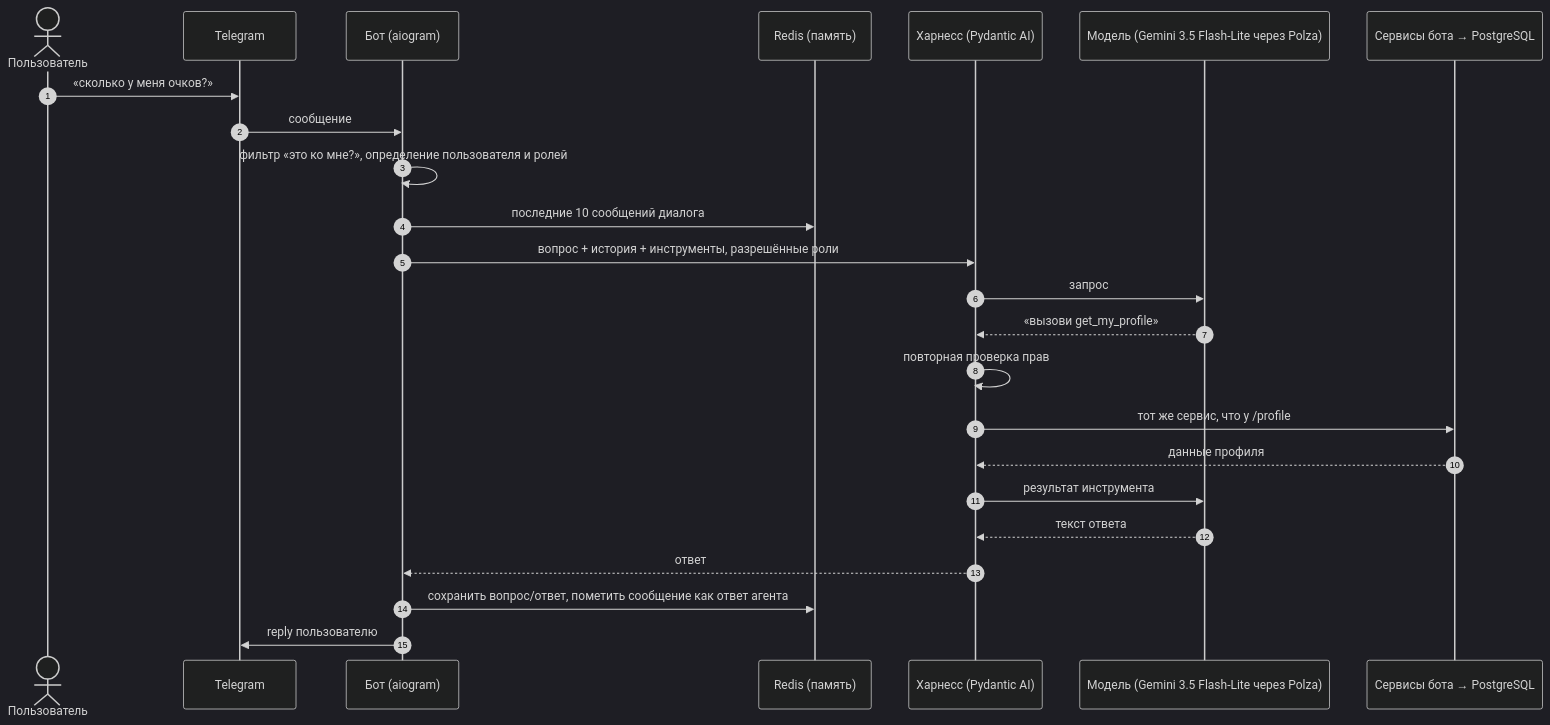
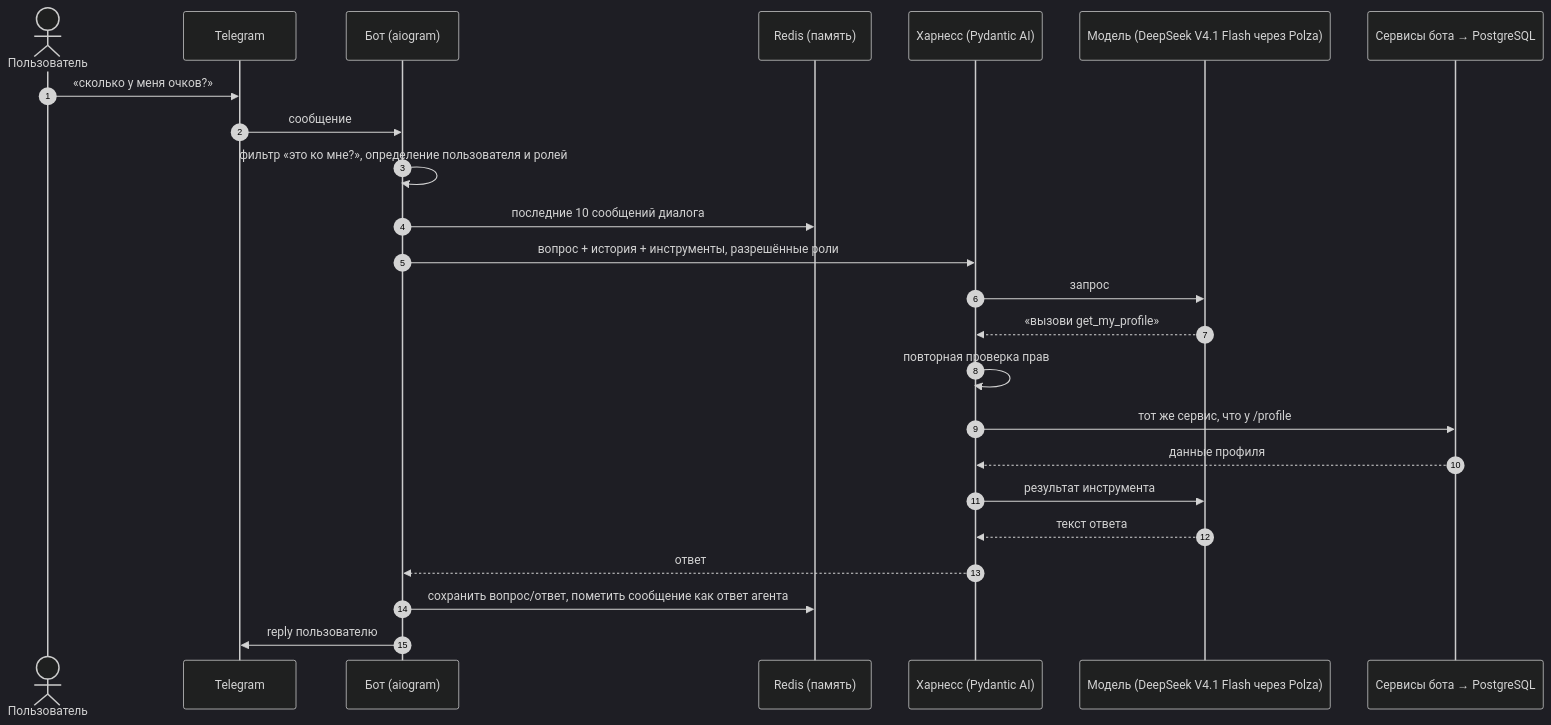
Before and after one commit to denis-sj/PyBot-ITAcadem: the second of 2 diagrams in docs-project/docs/user-guide/ai-agent.md, drawn with Mermaid (dark theme). The commit also changed other lines of this file and 2 other files, not shown here.

Commit message:
docs(agent): описать рецепт добавления инструмента

````diff
--- a/docs-project/docs/user-guide/ai-agent.md
+++ b/docs-project/docs/user-guide/ai-agent.md
@@ -53,27 +53,27 @@
 ```mermaid
 sequenceDiagram
     autonumber
     actor U as Пользователь
     participant TG as Telegram
     participant B as Бот (aiogram)
     participant R as Redis (память)
     participant H as Харнесс (Pydantic AI)
-    participant M as Модель (Gemini 3.5 Flash-Lite через Polza)
+    participant M as Модель (DeepSeek V4.1 Flash через Polza)
     participant S as Сервисы бота → PostgreSQL
 
     U->>TG: «сколько у меня очков?»
     TG->>B: сообщение
     B->>B: фильтр «это ко мне?», определение пользователя и ролей
     B->>R: последние 10 сообщений диалога
     B->>H: вопрос + история + инструменты, разрешённые роли
     H->>M: запрос
     M-->>H: «вызови get_my_profile»
     H->>H: повторная проверка прав
     H->>S: тот же сервис, что у /profile
     S-->>H: данные профиля
     H->>M: результат инструмента
     M-->>H: текст ответа
     H-->>B: ответ
     B->>R: сохранить вопрос/ответ, пометить сообщение как ответ агента
     B->>TG: reply пользователю
 ```
````
